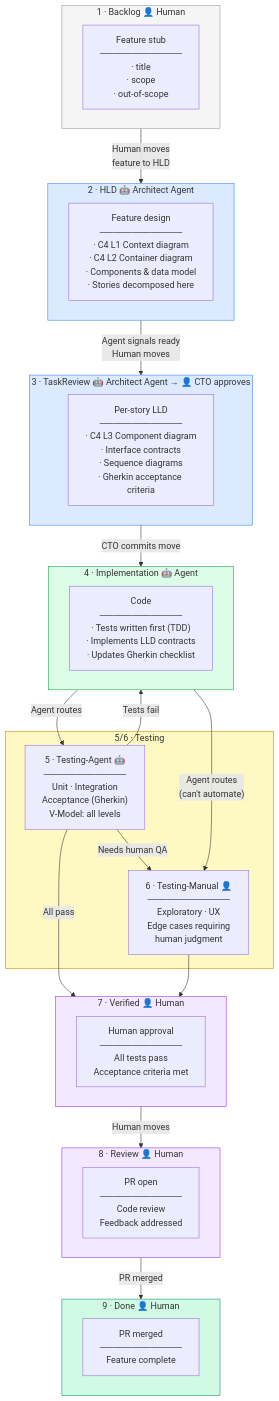
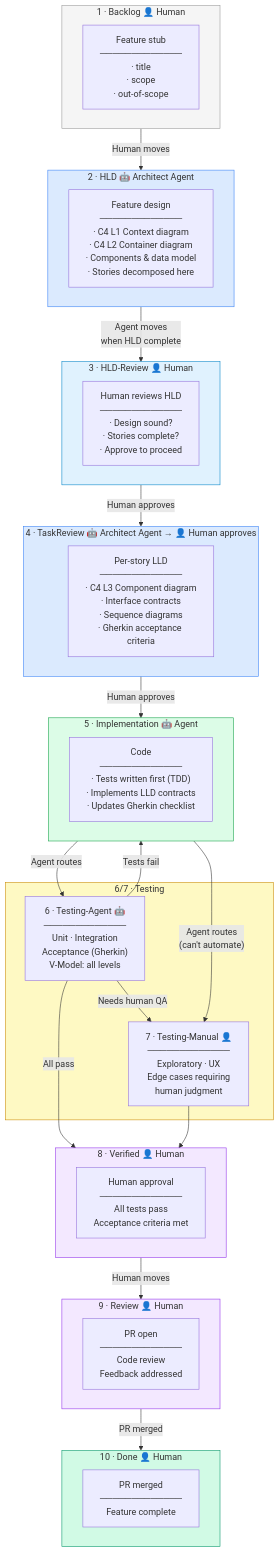
The diagram in README.md (mickeyperlstein/agent-manager-template), drawn with Mermaid before and after one commit. The commit also changed other lines of this file and 8 other files, not shown here.

````diff
--- a/README.md
+++ b/README.md
@@ -41,57 +42,63 @@
 ```mermaid
 flowchart TD
     subgraph BACKLOG["1 · Backlog  👤 Human"]
         B_in["Feature stub\n─────────────\n· title\n· scope\n· out-of-scope"]
     end
 
     subgraph HLD["2 · HLD  🤖 Architect Agent"]
         H_in["Feature design\n─────────────\n· C4 L1 Context diagram\n· C4 L2 Container diagram\n· Components & data model\n· Stories decomposed here"]
     end
 
-    subgraph TASKREVIEW["3 · TaskReview  🤖 Architect Agent  →  👤 CTO approves"]
+    subgraph HLDREVIEW["3 · HLD-Review  👤 Human"]
+        HR_in["Human reviews HLD\n─────────────\n· Design sound?\n· Stories complete?\n· Approve to proceed"]
+    end
+
+    subgraph TASKREVIEW["4 · TaskReview  🤖 Architect Agent  →  👤 Human approves"]
         TR_in["Per-story LLD\n─────────────\n· C4 L3 Component diagram\n· Interface contracts\n· Sequence diagrams\n· Gherkin acceptance criteria"]
     end
 
-    subgraph IMPL["4 · Implementation  🤖 Agent"]
+    subgraph IMPL["5 · Implementation  🤖 Agent"]
         I_in["Code\n─────────────\n· Tests written first (TDD)\n· Implements LLD contracts\n· Updates Gherkin checklist"]
     end
 
-    subgraph TEST["5/6 · Testing"]
-        TA["5 · Testing-Agent  🤖\n─────────────\nUnit · Integration\nAcceptance (Gherkin)\nV-Model: all levels"]
-        TM["6 · Testing-Manual  👤\n─────────────\nExploratory · UX\nEdge cases requiring\nhuman judgment"]
+    subgraph TEST["6/7 · Testing"]
+        TA["6 · Testing-Agent  🤖\n─────────────\nUnit · Integration\nAcceptance (Gherkin)\nV-Model: all levels"]
+        TM["7 · Testing-Manual  👤\n─────────────\nExploratory · UX\nEdge cases requiring\nhuman judgment"]
     end
 
-    subgraph VERIFY["7 · Verified  👤 Human"]
+    subgraph VERIFY["8 · Verified  👤 Human"]
         V_in["Human approval\n─────────────\nAll tests pass\nAcceptance criteria met"]
     end
 
-    subgraph REVIEW["8 · Review  👤 Human"]
+    subgraph REVIEW["9 · Review  👤 Human"]
         R_in["PR open\n─────────────\nCode review\nFeedback addressed"]
     end
 
-    subgraph DONE["9 · Done  👤 Human"]
+    subgraph DONE["10 · Done  👤 Human"]
         D_in["PR merged\n─────────────\nFeature complete"]
     end
 
-    BACKLOG -->|"Human moves\nfeature to HLD"| HLD
-    HLD -->|"Agent signals ready\nHuman moves"| TASKREVIEW
-    TASKREVIEW -->|"CTO commits move"| IMPL
+    BACKLOG -->|"Human moves"| HLD
+    HLD -->|"Agent moves\nwhen HLD complete"| HLDREVIEW
+    HLDREVIEW -->|"Human approves"| TASKREVIEW
+    TASKREVIEW -->|"Human approves"| IMPL
     IMPL -->|"Agent routes"| TA
     IMPL -->|"Agent routes\n(can't automate)"| TM
     TA -->|"All pass"| VERIFY
     TA -->|"Needs human QA"| TM
     TM --> VERIFY
     VERIFY -->|"Human moves"| REVIEW
     REVIEW -->|"PR merged"| DONE
 
     TA -->|"Tests fail"| IMPL
 
     style BACKLOG fill:#f5f5f5,stroke:#999
     style HLD fill:#dbeafe,stroke:#3b82f6
+    style HLDREVIEW fill:#e0f2fe,stroke:#0284c7
     style TASKREVIEW fill:#dbeafe,stroke:#3b82f6
     style IMPL fill:#dcfce7,stroke:#16a34a
     style TEST fill:#fef9c3,stroke:#ca8a04
     style VERIFY fill:#f3e8ff,stroke:#9333ea
     style REVIEW fill:#f3e8ff,stroke:#9333ea
     style DONE fill:#d1fae5,stroke:#059669
 ```
````
